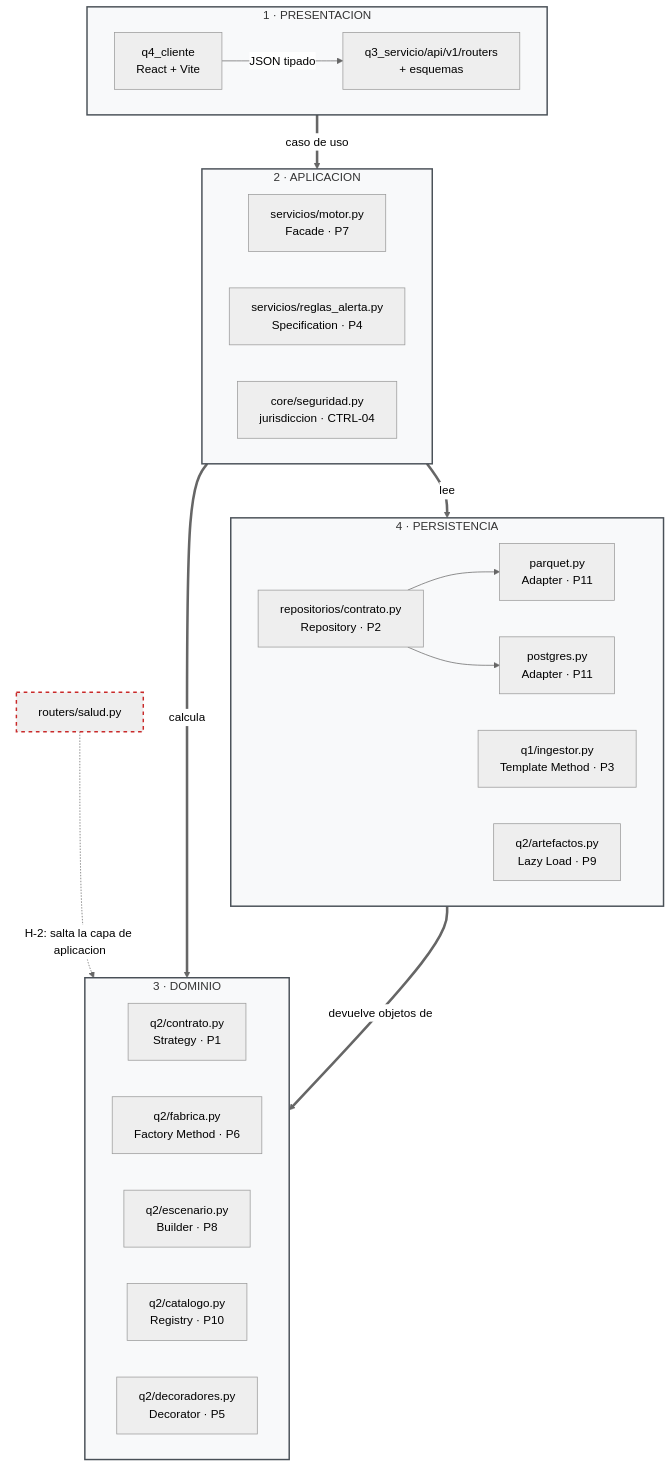
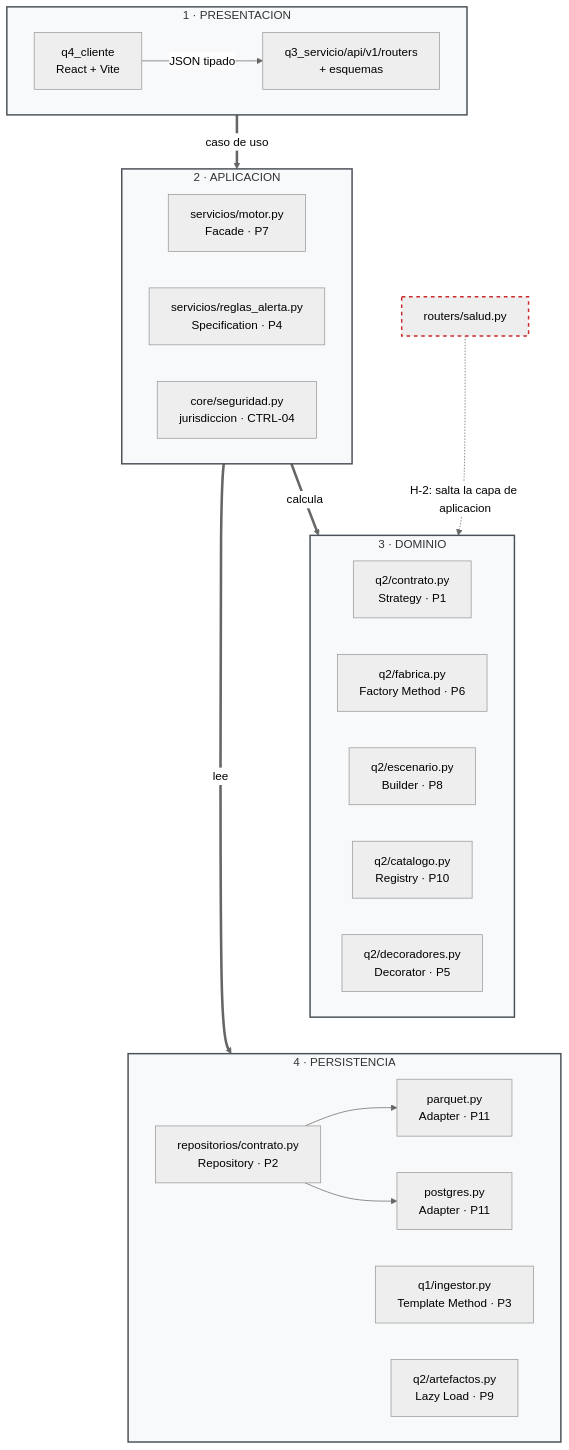
One commit to canischilensis/indice-sned changed the diagram in docs/capas/08_capas.mmd. Above: the diagram before and after it, drawn with Mermaid (neutral theme). The commit also changed 4 other files, not shown here.

Commit message:
Retira el informe del Hito 2 del repositorio y agrega el diagrama de capas

```diff
--- a/docs/capas/08_capas.mmd
+++ b/docs/capas/08_capas.mmd
@@ -1,49 +1,57 @@
 %% Vista en capas del ecosistema SNED · VC-SNED-01
 %% Direccion TB a proposito: cuatro capas apiladas leen como capas.
 %% Una disposicion LR daria una relacion de aspecto inservible en A4.
 flowchart TB
     subgraph P["1 · PRESENTACION"]
         direction LR
         CLIENTE["q4_cliente<br/>React + Vite"]
         ROUTERS["q3_servicio/api/v1/routers<br/>+ esquemas"]
         CLIENTE -->|"JSON tipado"| ROUTERS
     end
 
     subgraph A["2 · APLICACION"]
         direction LR
         MOTOR["servicios/motor.py<br/>Facade · P7"]
         ALERTAS["servicios/reglas_alerta.py<br/>Specification · P4"]
         SEGURIDAD["core/seguridad.py<br/>jurisdiccion · CTRL-04"]
     end
 
     subgraph D["3 · DOMINIO"]
         direction LR
         ESTRATEGIA["q2/contrato.py<br/>Strategy · P1"]
         FABRICA["q2/fabrica.py<br/>Factory Method · P6"]
         ESCENARIO["q2/escenario.py<br/>Builder · P8"]
         CATALOGO["q2/catalogo.py<br/>Registry · P10"]
         DECORADOR["q2/decoradores.py<br/>Decorator · P5"]
     end
 
     subgraph PE["4 · PERSISTENCIA"]
         direction LR
         REPO["repositorios/contrato.py<br/>Repository · P2"]
         PARQUET["parquet.py<br/>Adapter · P11"]
         POSTGRES["postgres.py<br/>Adapter · P11"]
         INGESTA["q1/ingestor.py<br/>Template Method · P3"]
         ARTEFACTOS["q2/artefactos.py<br/>Lazy Load · P9"]
         REPO --> PARQUET
         REPO --> POSTGRES
     end
 
     P ==>|"caso de uso"| A
     A ==>|"calcula"| D
     A ==>|"lee"| PE
-    PE ==>|"devuelve objetos de"| D
+
+    %% Enlace invisible: fija el orden 1-2-3-4 de arriba hacia abajo.
+    %% Sin el, Mermaid coloca DOMINIO debajo de PERSISTENCIA porque le llegan
+    %% dos flechas, y la numeracion de las capas deja de coincidir con el dibujo.
+    D ~~~ PE
+
+    %% La relacion "la persistencia devuelve objetos de dominio" NO se dibuja
+    %% como flecha a proposito: cerraria un ciclo con el enlace de orden y el
+    %% grafo volveria a reordenarse. Queda declarada en VISTA_EN_CAPAS.md §4.
 
     SALUD["routers/salud.py"] -.->|"H-2: salta la capa de aplicacion"| CATALOGO
 
     classDef capa fill:#f8f9fa,stroke:#495057,stroke-width:2px
     classDef deuda stroke:#c92a2a,stroke-width:2px,stroke-dasharray: 5 5
     class P,A,D,PE capa
     class SALUD deuda
```
